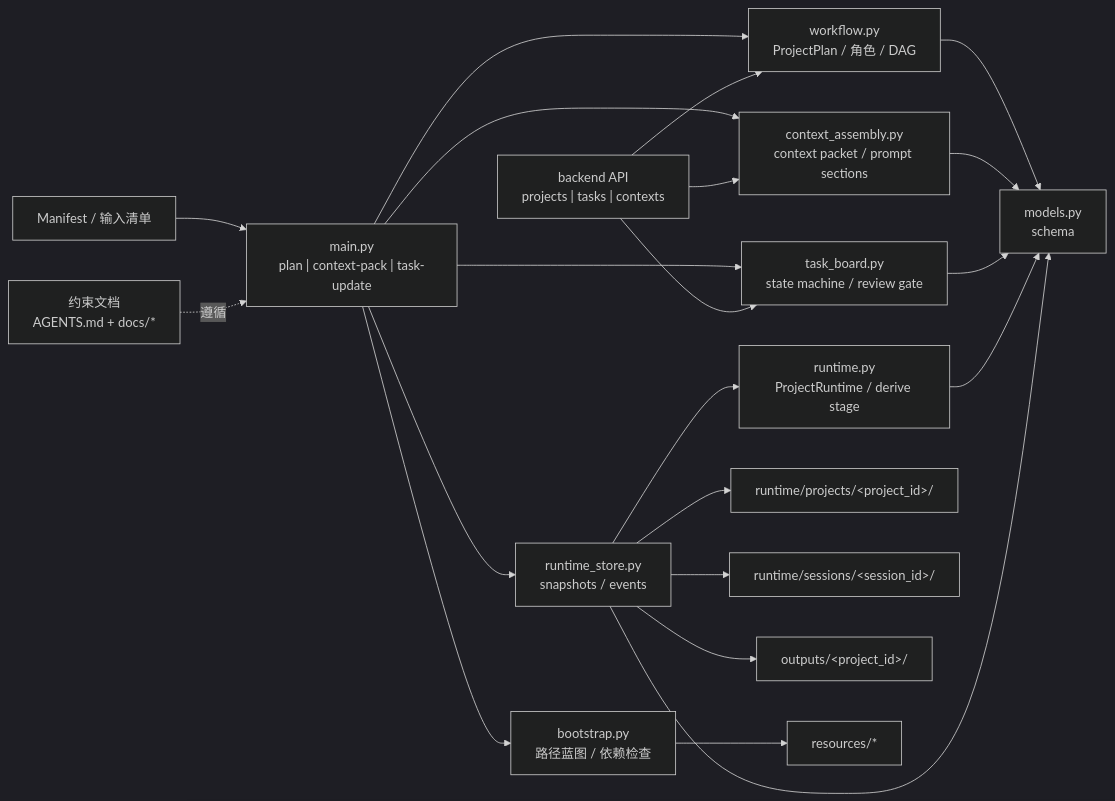
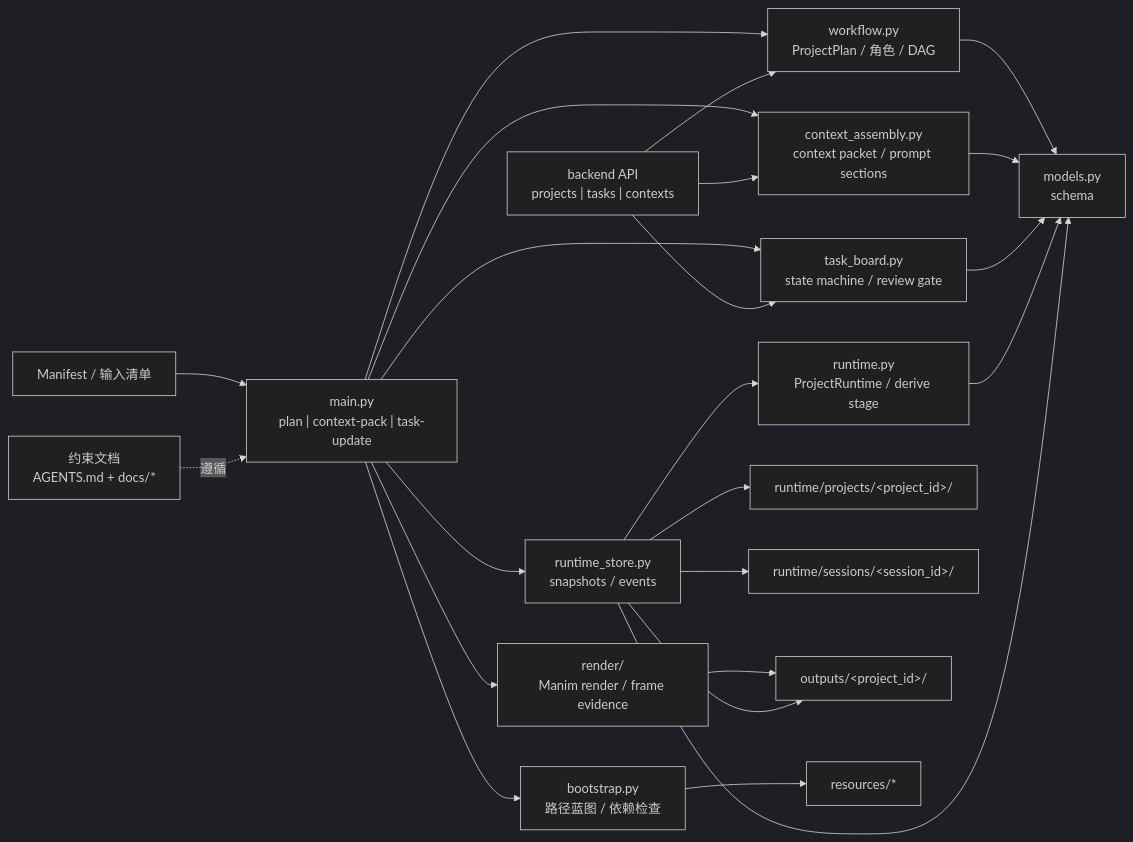
The diagram in docs/通用项目架构模板.md (Quantitative-AI-hut/ManiMind), drawn with Mermaid (dark theme) before and after one commit. The commit also changed other lines of this file and 44 other files, not shown here.

````diff
--- a/docs/通用项目架构模板.md
+++ b/docs/通用项目架构模板.md
@@ -15,39 +15,42 @@
 ```mermaid
 flowchart LR
     Manifest["Manifest / 输入清单"]
     Docs["约束文档<br/>AGENTS.md + docs/*"]
     Main["main.py<br/>plan | context-pack | task-update"]
     Api["backend API<br/>projects | tasks | contexts"]
     Bootstrap["bootstrap.py<br/>路径蓝图 / 依赖检查"]
     Models["models.py<br/>schema"]
     Workflow["workflow.py<br/>ProjectPlan / 角色 / DAG"]
     Context["context_assembly.py<br/>context packet / prompt sections"]
     Board["task_board.py<br/>state machine / review gate"]
     Runtime["runtime.py<br/>ProjectRuntime / derive stage"]
     Store["runtime_store.py<br/>snapshots / events"]
+    Render["render/<br/>Manim render / frame evidence"]
     Projects["runtime/projects/&lt;project_id&gt;/"]
     Sessions["runtime/sessions/&lt;session_id&gt;/"]
     Outputs["outputs/&lt;project_id&gt;/"]
     Refs["resources/*"]
 
     Manifest --> Main
     Docs -.遵循.-> Main
     Main --> Bootstrap
     Main --> Workflow
     Main --> Context
     Main --> Board
     Main --> Store
     Api --> Workflow
     Api --> Context
     Api --> Board
     Workflow --> Models
     Context --> Models
     Board --> Models
     Runtime --> Models
     Store --> Runtime
     Store --> Models
+    Main --> Render
+    Render --> Outputs
     Bootstrap --> Refs
     Store --> Projects
     Store --> Sessions
     Store --> Outputs
 ```
````
